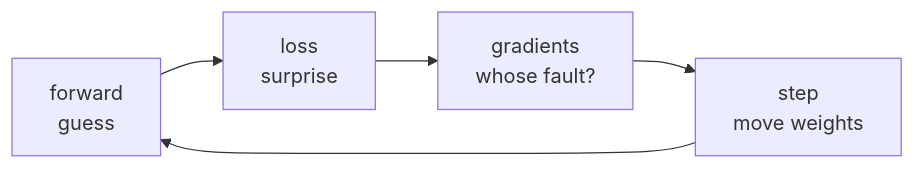
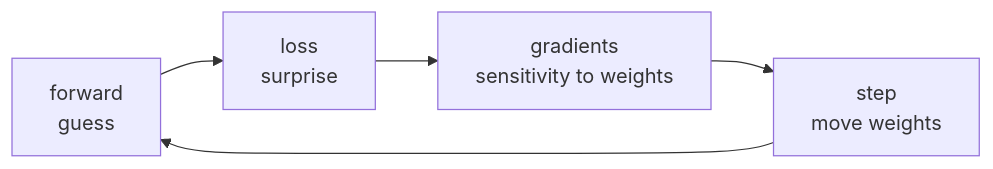
The diagram in learning/12-watch-it-learn.md (Falconiere/agavus), drawn with Mermaid before and after one commit. The commit also changed other lines of this file and 17 other files, not shown here.

````diff
--- a/learning/12-watch-it-learn.md
+++ b/learning/12-watch-it-learn.md
@@ -32,4 +42,5 @@
 ```mermaid
 flowchart LR
-  A["forward<br/>guess"] --> B["loss<br/>surprise"] --> C["gradients<br/>whose fault?"] --> D["step<br/>move weights"] --> A
+  A["forward<br/>guess"] --> B["loss<br/>surprise"]
+  B --> C["gradients<br/>sensitivity to weights"] --> D["step<br/>move weights"] --> A
 ```
````
